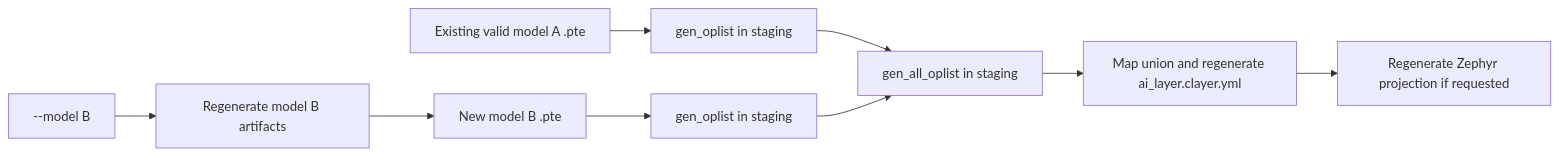
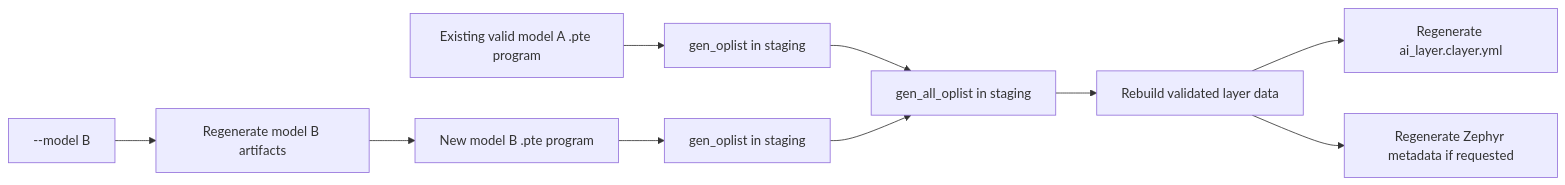
Before and after one commit to ReinhardKeil/cmsis-et-template: the third of 3 diagrams in TODO.md, drawn with Mermaid. The commit also changed other lines of this file and 17 other files, not shown here.

````diff
--- a/TODO.md
+++ b/TODO.md
@@ -395,11 +404,12 @@
 ```mermaid
 flowchart LR
     A[--model B] --> B[Regenerate model B artifacts]
-    X[Existing valid model A .pte] --> X1[gen_oplist in staging]
-    B --> Y[New model B .pte]
+    X[Existing valid model A .pte program] --> X1[gen_oplist in staging]
+    B --> Y[New model B .pte program]
     Y --> Y1[gen_oplist in staging]
     X1 --> U[gen_all_oplist in staging]
     Y1 --> U
-    U --> C[Map union and regenerate ai_layer.clayer.yml]
-    C --> D[Regenerate Zephyr projection if requested]
+    U --> C[Rebuild validated layer data]
+    C --> D[Regenerate ai_layer.clayer.yml]
+    C --> E[Regenerate Zephyr metadata if requested]
 ```
````
